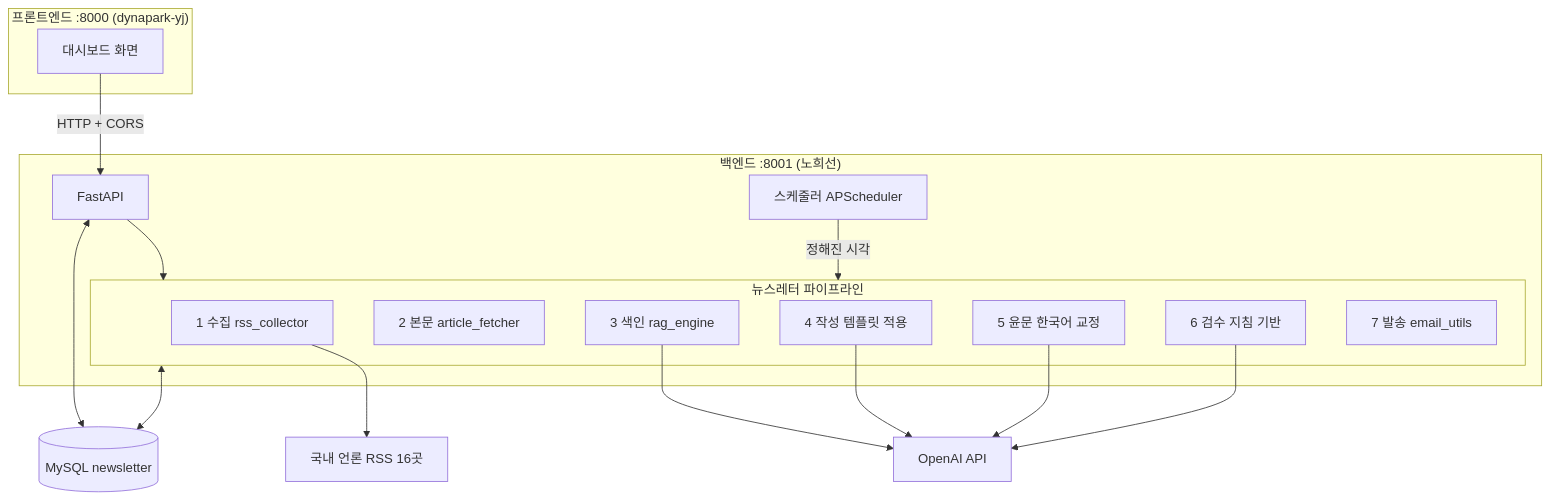
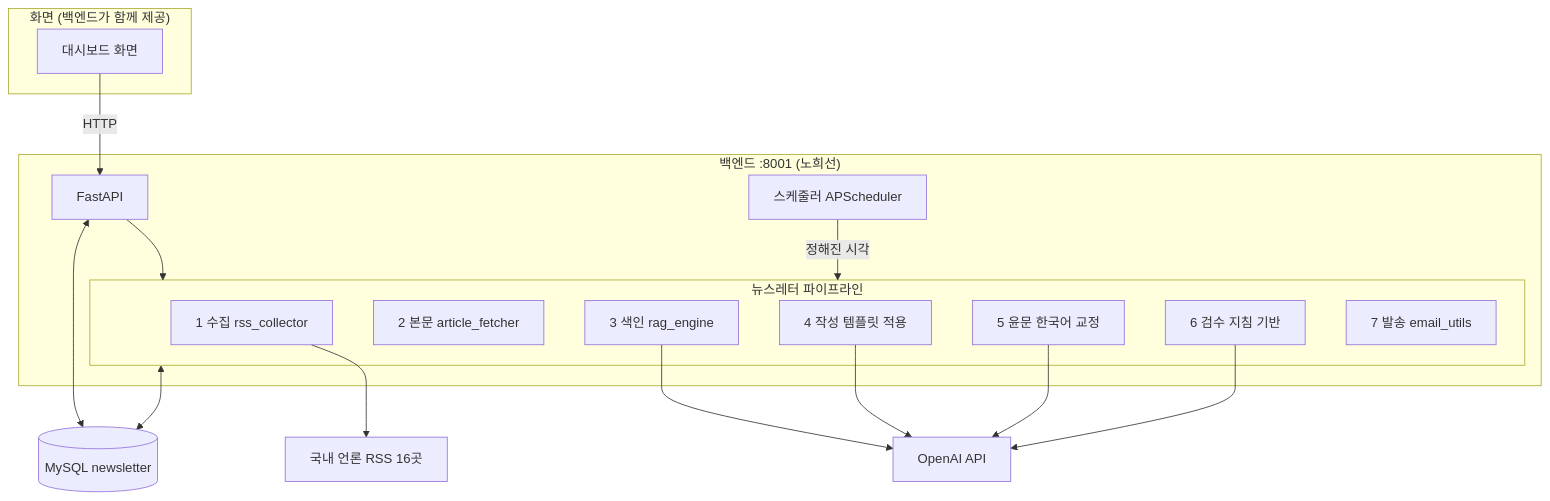
One commit to chois9105/mulcam changed the first of 5 diagrams in ARCHITECTURE.md. Above: the diagram before and after it, drawn with Mermaid. The commit also changed other lines of this file and 4 other files, not shown here.

````diff
--- a/ARCHITECTURE.md
+++ b/ARCHITECTURE.md
@@ -41,35 +41,35 @@
 ```mermaid
 flowchart TB
-    subgraph FE["프론트엔드 :8000 (dynapark-yj)"]
+    subgraph FE["화면 (백엔드가 함께 제공)"]
         UI["대시보드 화면"]
     end
 
     subgraph BE["백엔드 :8001 (노희선)"]
         API["FastAPI"]
         SCH["스케줄러 APScheduler"]
         subgraph PIPE["뉴스레터 파이프라인"]
             P1["1 수집 rss_collector"]
             P2["2 본문 article_fetcher"]
             P3["3 색인 rag_engine"]
             P4["4 작성 템플릿 적용"]
             P5["5 윤문 한국어 교정"]
             P6["6 검수 지침 기반"]
             P7["7 발송 email_utils"]
         end
     end
 
     DB[("MySQL newsletter")]
     RSS["국내 언론 RSS 16곳"]
     LLM["OpenAI API"]
 
-    UI -->|HTTP + CORS| API
+    UI -->|HTTP| API
     API --> PIPE
     SCH -->|정해진 시각| PIPE
     P1 --> RSS
     P3 --> LLM
     P4 --> LLM
     P5 --> LLM
     P6 --> LLM
     PIPE <--> DB
     API <--> DB
 ```
````
